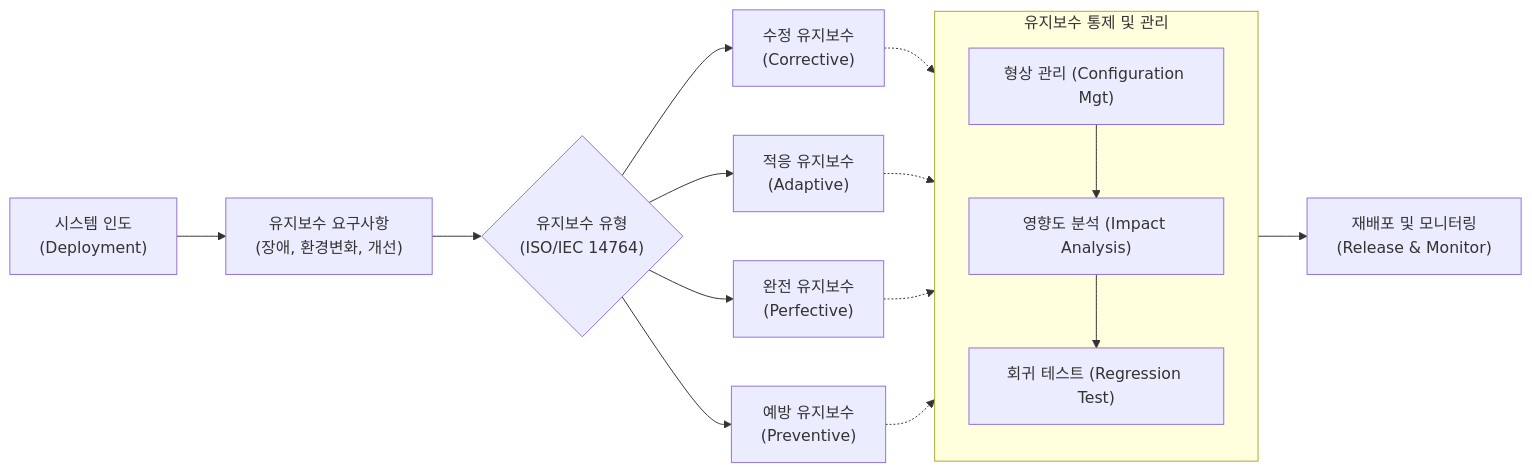
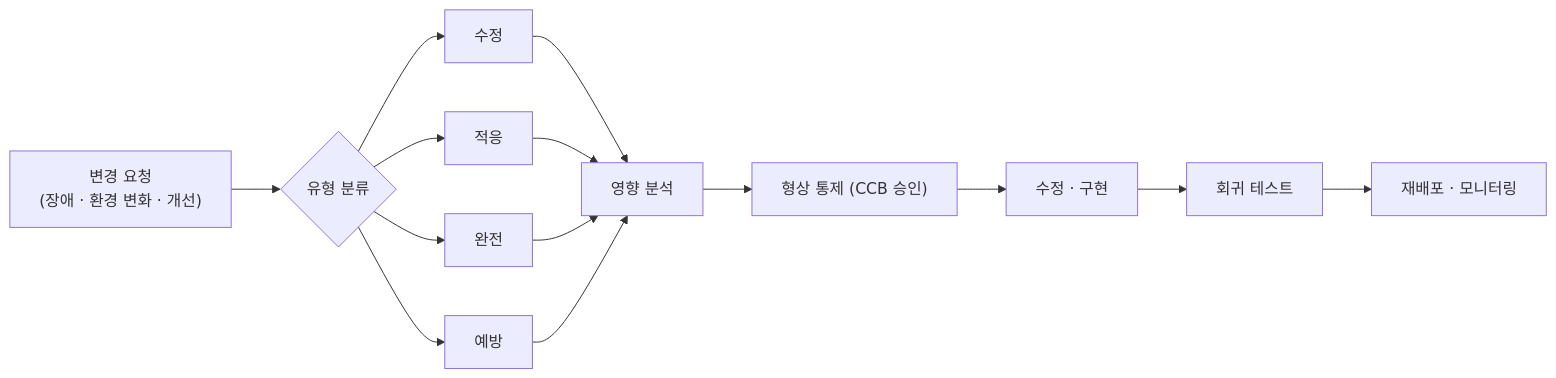
One commit to supremethumb/supremethumb.github.io changed the diagram in content/01_IT Tech/유지보수.md. Above: the diagram before and after it, drawn with Mermaid. The commit also changed other lines of this file and 1087 other files, not shown here.

````diff
--- a/content/01_IT Tech/유지보수.md
+++ b/content/01_IT Tech/유지보수.md
@@ -27,27 +35,16 @@
 ```mermaid
 flowchart LR
-    Deploy["시스템 인도\n(Deployment)"] --> Req["유지보수 요구사항\n(장애, 환경변화, 개선)"]
-    Req --> MT{"유지보수 유형\n(ISO/IEC 14764)"}
-
-    MT --> C["수정 유지보수\n(Corrective)"]
-    MT --> A["적응 유지보수\n(Adaptive)"]
-    MT --> P["완전 유지보수\n(Perfective)"]
-    MT --> V["예방 유지보수\n(Preventive)"]
-
-    C -.-> CM
-    A -.-> CM
-    P -.-> CM
-    V -.-> CM
-
-    subgraph Mgt["유지보수 통제 및 관리"]
-        direction TB
-        CM["형상 관리 (Configuration Mgt)"]
-        IA["영향도 분석 (Impact Analysis)"]
-        RT["회귀 테스트 (Regression Test)"]
-        
-        CM --> IA --> RT
-    end
-
-    Mgt --> Rel["재배포 및 모니터링\n(Release & Monitor)"]
-
+    REQ["변경 요청<br/>(장애 · 환경 변화 · 개선)"] --> CL{"유형 분류"}
+    CL --> C["수정"]
+    CL --> A["적응"]
+    CL --> P["완전"]
+    CL --> V["예방"]
+    C --> IA["영향 분석"]
+    A --> IA
+    P --> IA
+    V --> IA
+    IA --> CCB["형상 통제 (CCB 승인)"]
+    CCB --> MOD["수정 · 구현"]
+    MOD --> RT["회귀 테스트"]
+    RT --> REL["재배포 · 모니터링"]
 ```
````
